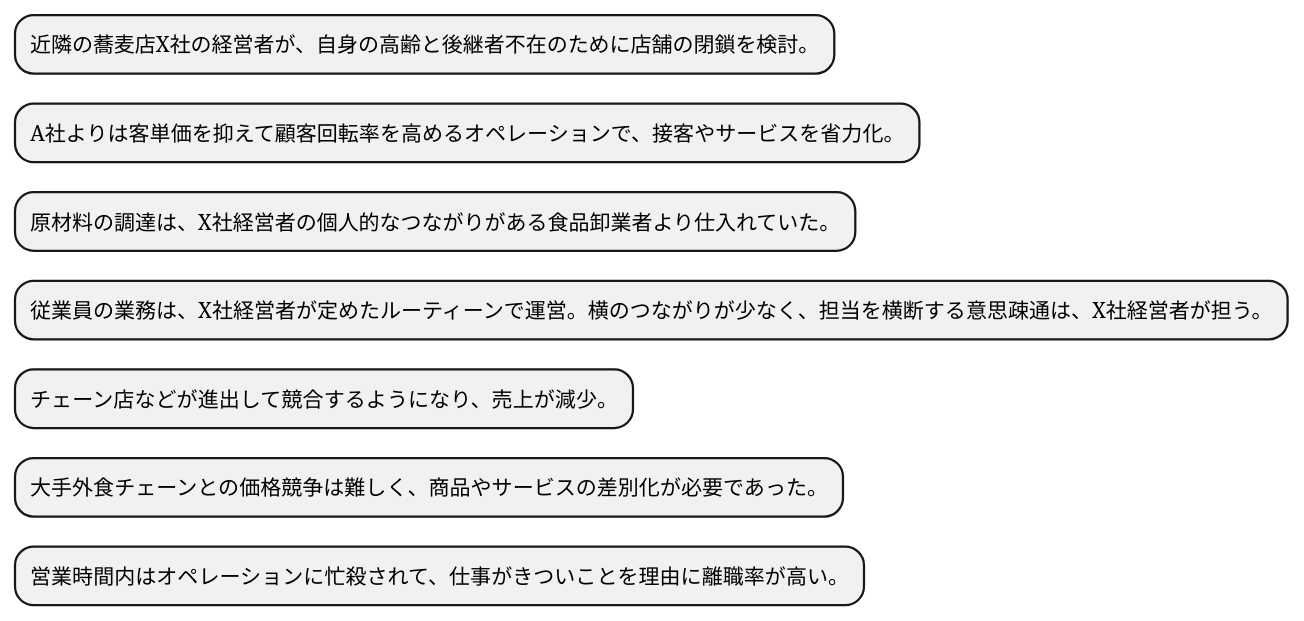
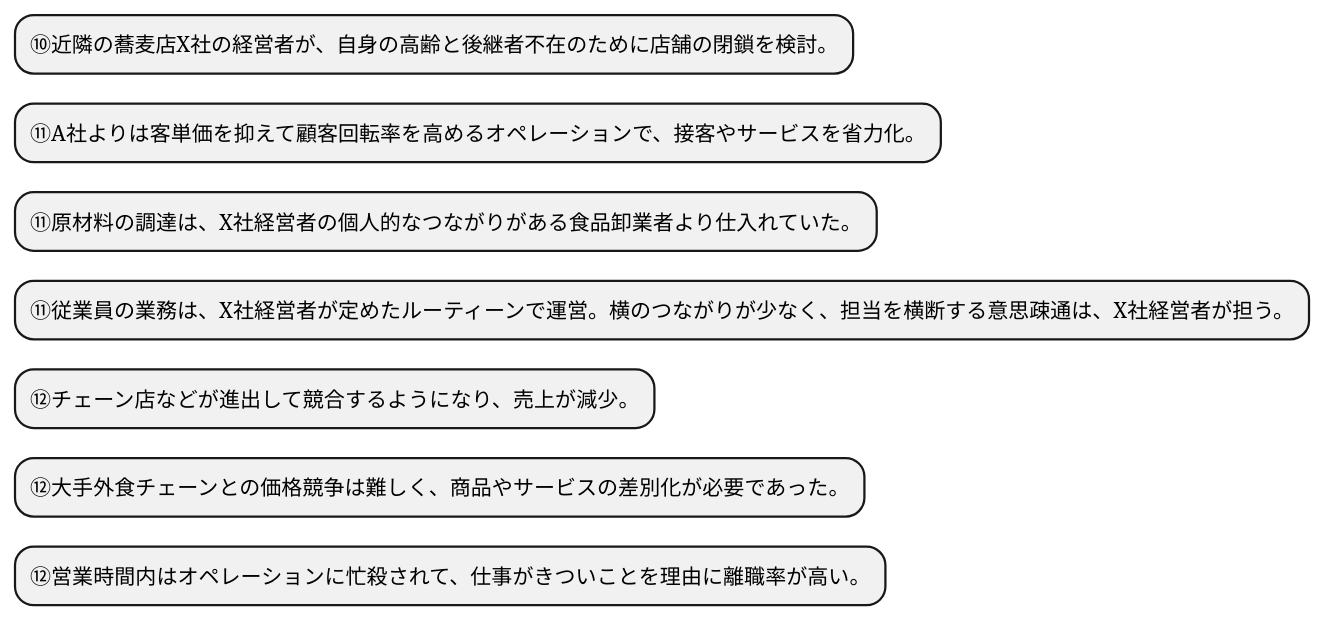
Before and after one commit to k2works/case-study-business-analysis: the third of 11 diagrams in docs/case/study/R05/r05_case_1_study_2.adoc, drawn with PlantUML. The commit also changed other lines of this file, not shown here.

```diff
--- a/docs/case/study/R05/r05_case_1_study_2.adoc
+++ b/docs/case/study/R05/r05_case_1_study_2.adoc
@@ -134,14 +134,14 @@
 [plantuml]
 ----
 @startmindmap
 
-* 近隣の蕎麦店X社の経営者が、自身の高齢と後継者不在のために店舗の閉鎖を検討。
-* A社よりは客単価を抑えて顧客回転率を高めるオペレーションで、接客やサービスを省力化。
-* 原材料の調達は、X社経営者の個人的なつながりがある食品卸業者より仕入れていた。
-* 従業員の業務は、X社経営者が定めたルーティーンで運営。横のつながりが少なく、担当を横断する意思疎通は、X社経営者が担う。
-* チェーン店などが進出して競合するようになり、売上が減少。
-* 大手外食チェーンとの価格競争は難しく、商品やサービスの差別化が必要であった。
-* 営業時間内はオペレーションに忙殺されて、仕事がきついことを理由に離職率が高い。
+* ⑩近隣の蕎麦店X社の経営者が、自身の高齢と後継者不在のために店舗の閉鎖を検討。
+* ⑪A社よりは客単価を抑えて顧客回転率を高めるオペレーションで、接客やサービスを省力化。
+* ⑪原材料の調達は、X社経営者の個人的なつながりがある食品卸業者より仕入れていた。
+* ⑪従業員の業務は、X社経営者が定めたルーティーンで運営。横のつながりが少なく、担当を横断する意思疎通は、X社経営者が担う。
+* ⑫チェーン店などが進出して競合するようになり、売上が減少。
+* ⑫大手外食チェーンとの価格競争は難しく、商品やサービスの差別化が必要であった。
+* ⑫営業時間内はオペレーションに忙殺されて、仕事がきついことを理由に離職率が高い。
 
 @endmindmap
 ----
```
